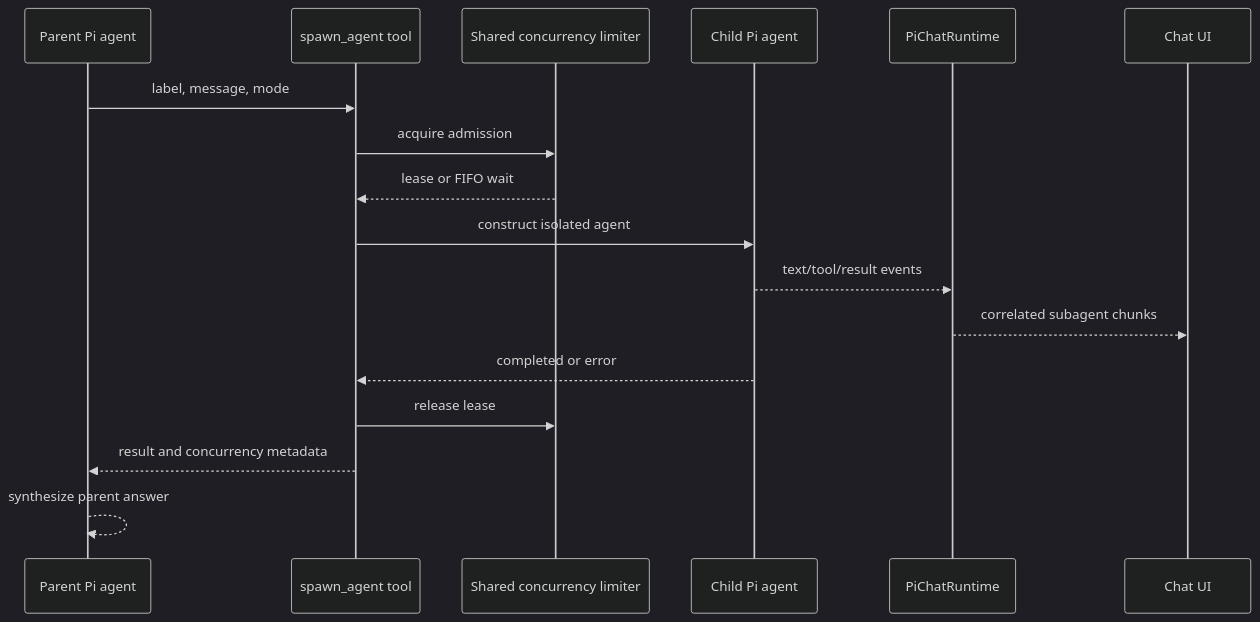
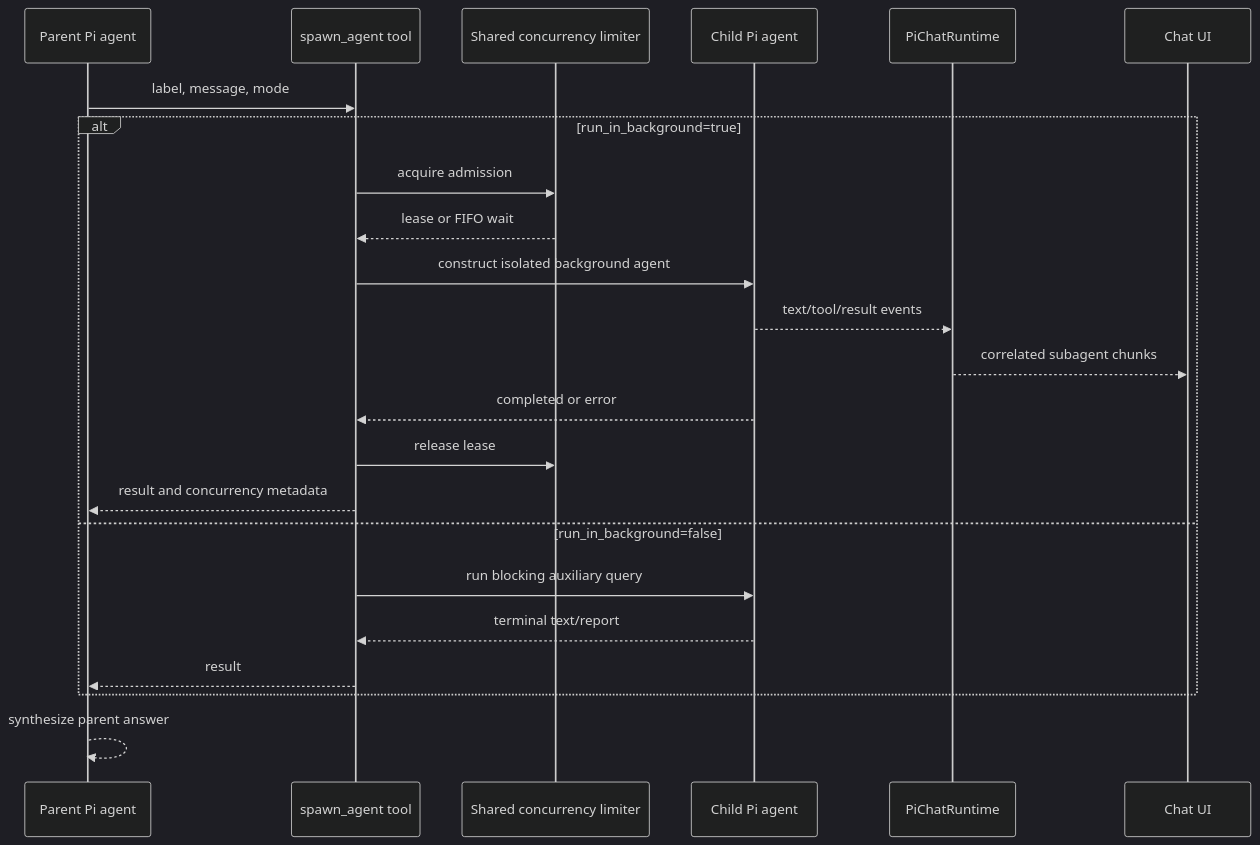
Before and after one commit to shuuul/obsidian-pivi: the first of 2 diagrams in docs/06-subagents-streaming-and-rendering.md, drawn with Mermaid (dark theme). The commit also changed other lines of this file and 13 other files, not shown here.

````diff
--- a/docs/06-subagents-streaming-and-rendering.md
+++ b/docs/06-subagents-streaming-and-rendering.md
@@ -25,19 +25,25 @@
 ```mermaid
 sequenceDiagram
   participant P as Parent Pi agent
   participant T as spawn_agent tool
   participant L as Shared concurrency limiter
   participant C as Child Pi agent
   participant R as PiChatRuntime
   participant U as Chat UI
   P->>T: label, message, mode
-  T->>L: acquire admission
-  L-->>T: lease or FIFO wait
-  T->>C: construct isolated agent
-  C-->>R: text/tool/result events
-  R-->>U: correlated subagent chunks
-  C-->>T: completed or error
-  T->>L: release lease
-  T-->>P: result and concurrency metadata
+  alt run_in_background=true
+    T->>L: acquire admission
+    L-->>T: lease or FIFO wait
+    T->>C: construct isolated background agent
+    C-->>R: text/tool/result events
+    R-->>U: correlated subagent chunks
+    C-->>T: completed or error
+    T->>L: release lease
+    T-->>P: result and concurrency metadata
+  else run_in_background=false
+    T->>C: run blocking auxiliary query
+    C-->>T: terminal text/report
+    T-->>P: result
+  end
   P-->>P: synthesize parent answer
 ```
````
